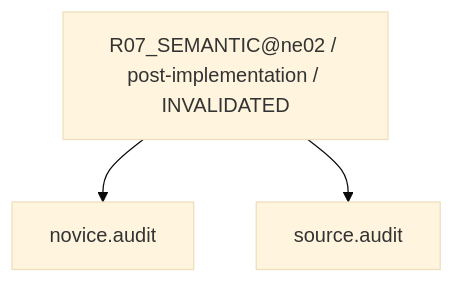
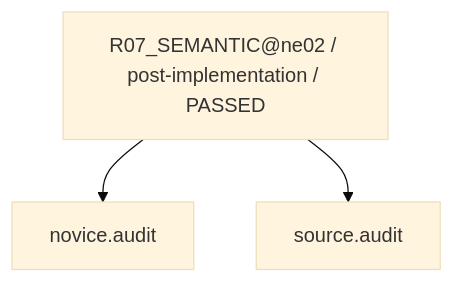
The tenth of 45 diagrams in work/items/W-MATH-036-ne02-n11-n12-guided-design/generated/CAPABILITY_FIRE_DIAGRAM.md (rrikunagasige-dot/kyotsu-step-web), drawn with Mermaid (base theme) before and after one commit. The commit also changed other lines of this file and 135 other files, not shown here.

````diff
--- a/work/items/W-MATH-036-ne02-n11-n12-guided-design/generated/CAPABILITY_FIRE_DIAGRAM.md
+++ b/work/items/W-MATH-036-ne02-n11-n12-guided-design/generated/CAPABILITY_FIRE_DIAGRAM.md
@@ -160,8 +160,8 @@
 ```mermaid
 flowchart TD
-  N0["R07_SEMANTIC@ne02 / post-implementation / INVALIDATED"]
+  N0["R07_SEMANTIC@ne02 / post-implementation / PASSED"]
   N1["source.audit"]
   N2["novice.audit"]
   N0 --> N2
   N0 --> N1
 ```
````
